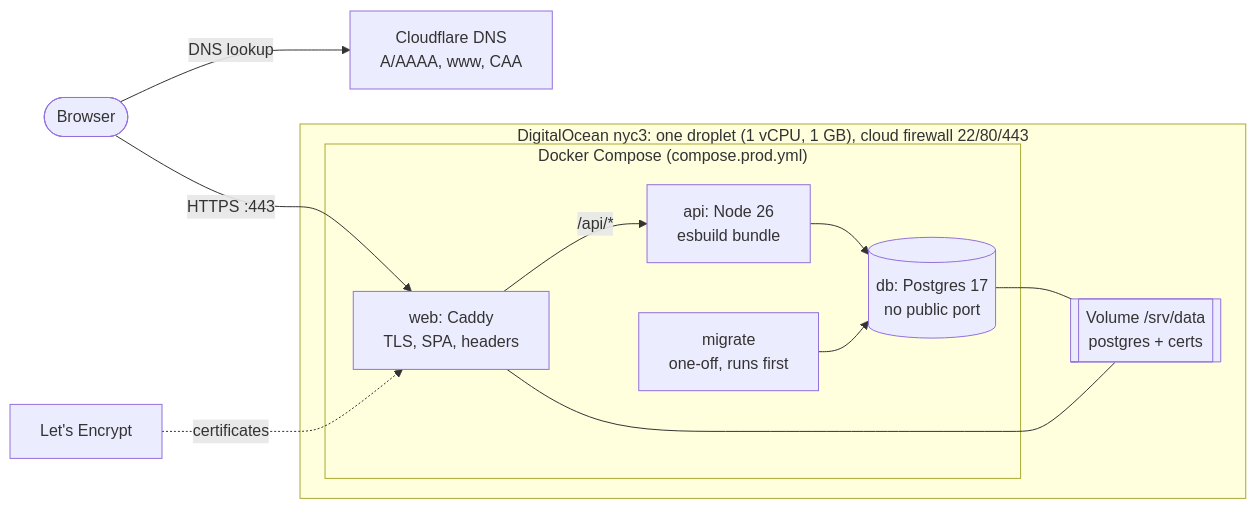
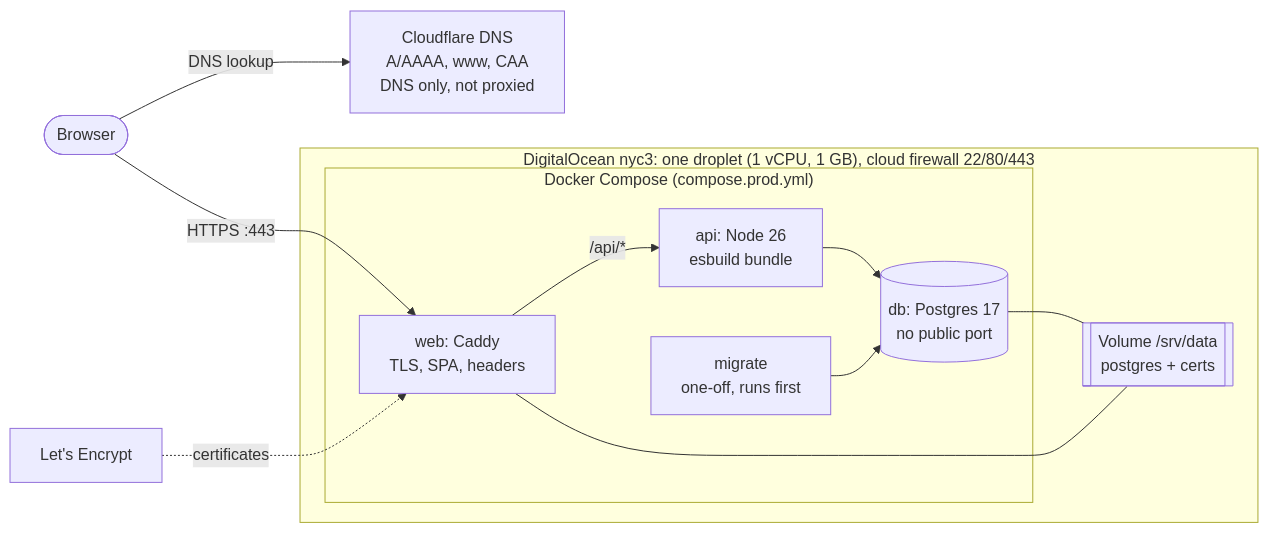
The fifth of 6 diagrams in docs/architecture.md (brianpatterson/interview-app), drawn with Mermaid before and after one commit. The commit also changed other lines of this file and 2 other files, not shown here.

Commit message:
docs: mark production live, note gaps, correct CAA wording

````diff
--- a/docs/architecture.md
+++ b/docs/architecture.md
@@ -198,22 +199,22 @@
 ```mermaid
 flowchart LR
-  user([Browser]) -->|DNS lookup| cf[Cloudflare DNS<br/>A/AAAA, www, CAA]
+  user([Browser]) -->|DNS lookup| cf[Cloudflare DNS<br/>A/AAAA, www, CAA<br/>DNS only, not proxied]
   user -->|HTTPS :443| caddy
 
   subgraph do["DigitalOcean nyc3: one droplet (1 vCPU, 1 GB), cloud firewall 22/80/443"]
     subgraph compose["Docker Compose (compose.prod.yml)"]
       caddy[web: Caddy<br/>TLS, SPA, headers]
       api[api: Node 26<br/>esbuild bundle]
       migrate[migrate<br/>one-off, runs first]
       db[(db: Postgres 17<br/>no public port)]
     end
     vol[[Volume /srv/data<br/>postgres + certs]]
   end
 
   caddy -->|/api/*| api
   api --> db
   migrate --> db
   db --- vol
   caddy --- vol
   le[Let's Encrypt] -.certificates.-> caddy
 ```
````
